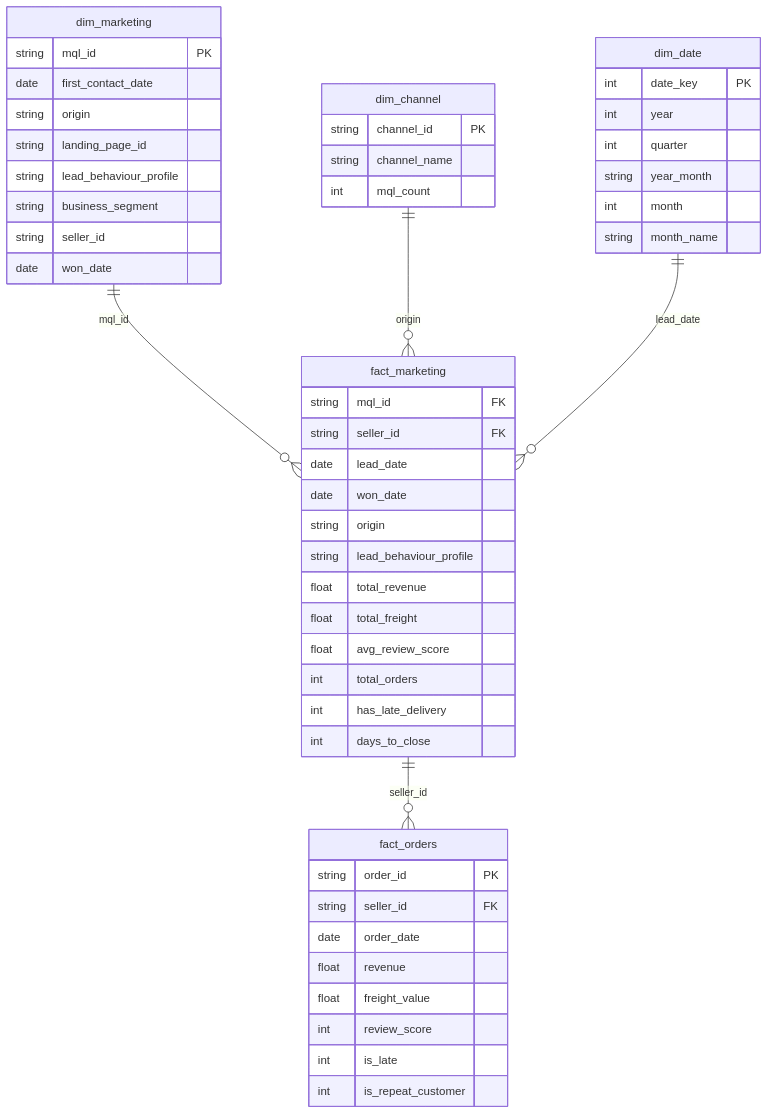
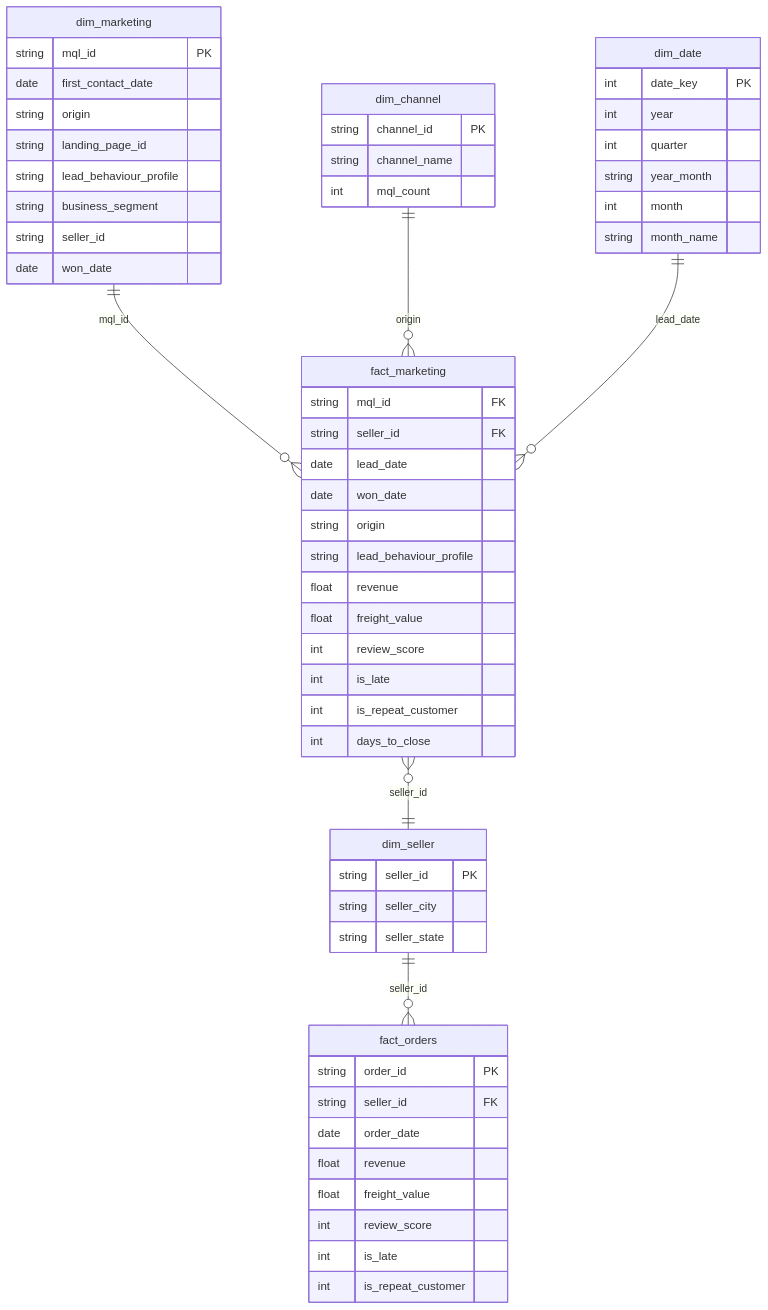
One commit to albarpambagio/olist-marketing-dashboard changed the first of 2 diagrams in docs/powerbi_build_guide.md. Above: the diagram before and after it, drawn with Mermaid. The commit also changed other lines of this file and 2 other files, not shown here.

Commit message:
[Marketing] Fix cardinalities: dim_seller bridge, 1:many dim_marketing->fact_marketing

````diff
--- a/docs/powerbi_build_guide.md
+++ b/docs/powerbi_build_guide.md
@@ -11,59 +11,66 @@
 ```mermaid
 erDiagram
     dim_marketing ||--o{ fact_marketing : "mql_id"
     dim_channel ||--o{ fact_marketing : "origin"
     dim_date ||--o{ fact_marketing : "lead_date"
-    fact_marketing ||--o{ fact_orders : "seller_id"
+    fact_marketing }o--|| dim_seller : "seller_id"
+    dim_seller ||--o{ fact_orders : "seller_id"
 
     dim_marketing {
         string mql_id PK
         date first_contact_date
         string origin
         string landing_page_id
         string lead_behaviour_profile
         string business_segment
         string seller_id
         date won_date
     }
 
     dim_channel {
         string channel_id PK
         string channel_name
         int mql_count
     }
 
     dim_date {
         int date_key PK
         int year
         int quarter
         string year_month
         int month
         string month_name
     }
 
     fact_marketing {
         string mql_id FK
         string seller_id FK
         date lead_date
         date won_date
         string origin
         string lead_behaviour_profile
-        float total_revenue
-        float total_freight
-        float avg_review_score
-        int total_orders
-        int has_late_delivery
+        float revenue
+        float freight_value
+        int review_score
+        int is_late
+        int is_repeat_customer
         int days_to_close
+    }
+
+    dim_seller {
+        string seller_id PK
+        string seller_city
+        string seller_state
     }
 
     fact_orders {
         string order_id PK
         string seller_id FK
         date order_date
         float revenue
         float freight_value
         int review_score
         int is_late
         int is_repeat_customer
     }
 ```
````
